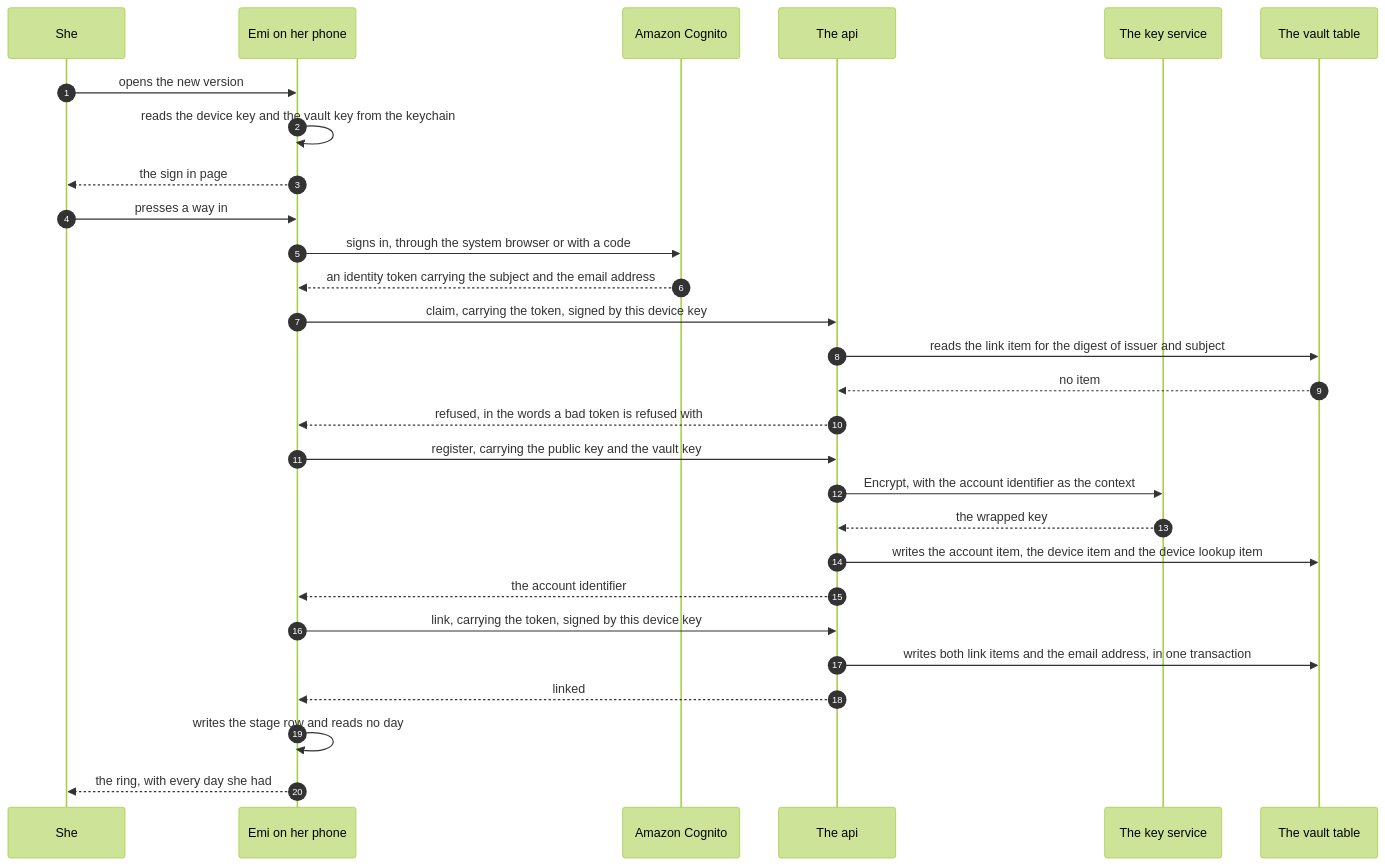
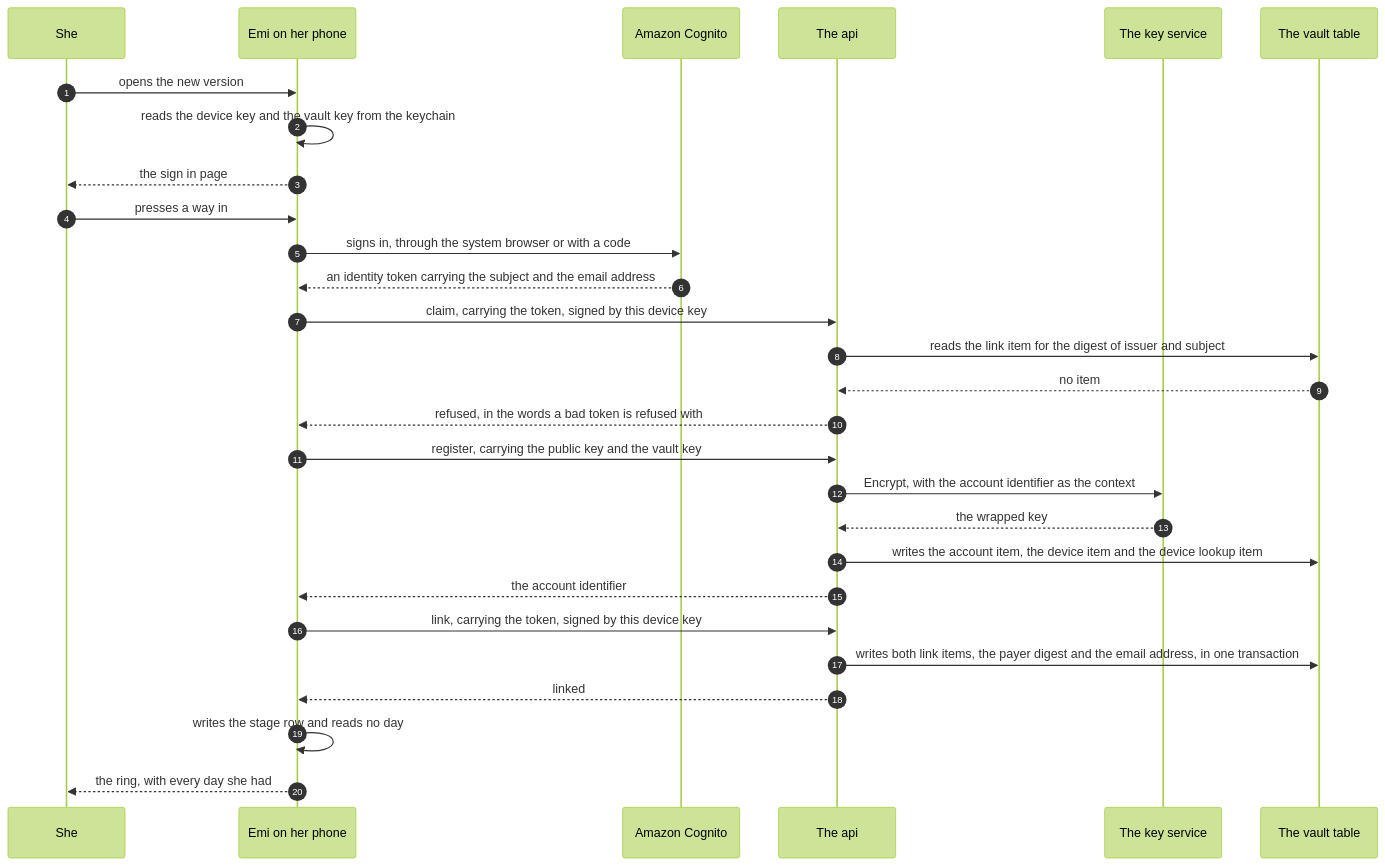
One commit to atlantic-blue/emi changed the third of 5 diagrams in docs/design/accounts.md. Above: the diagram before and after it, drawn with Mermaid (forest theme). The commit also changed other lines of this file and 1 other file, not shown here.

Commit message:
EMI: docs: fit the identity token reader and the link to the pool as built

````diff
--- a/docs/design/accounts.md
+++ b/docs/design/accounts.md
@@ -595,30 +636,30 @@
 ```mermaid
 sequenceDiagram
   autonumber
   participant W as She
   participant P as Emi on her phone
   participant C as Amazon Cognito
   participant A as The api
   participant K as The key service
   participant D as The vault table
   W->>P: opens the new version
   P->>P: reads the device key and the vault key from the keychain
   P-->>W: the sign in page
   W->>P: presses a way in
   P->>C: signs in, through the system browser or with a code
   C-->>P: an identity token carrying the subject and the email address
   P->>A: claim, carrying the token, signed by this device key
   A->>D: reads the link item for the digest of issuer and subject
   D-->>A: no item
   A-->>P: refused, in the words a bad token is refused with
   P->>A: register, carrying the public key and the vault key
   A->>K: Encrypt, with the account identifier as the context
   K-->>A: the wrapped key
   A->>D: writes the account item, the device item and the device lookup item
   A-->>P: the account identifier
   P->>A: link, carrying the token, signed by this device key
-  A->>D: writes both link items and the email address, in one transaction
+  A->>D: writes both link items, the payer digest and the email address, in one transaction
   A-->>P: linked
   P->>P: writes the stage row and reads no day
   P-->>W: the ring, with every day she had
 ```
````
